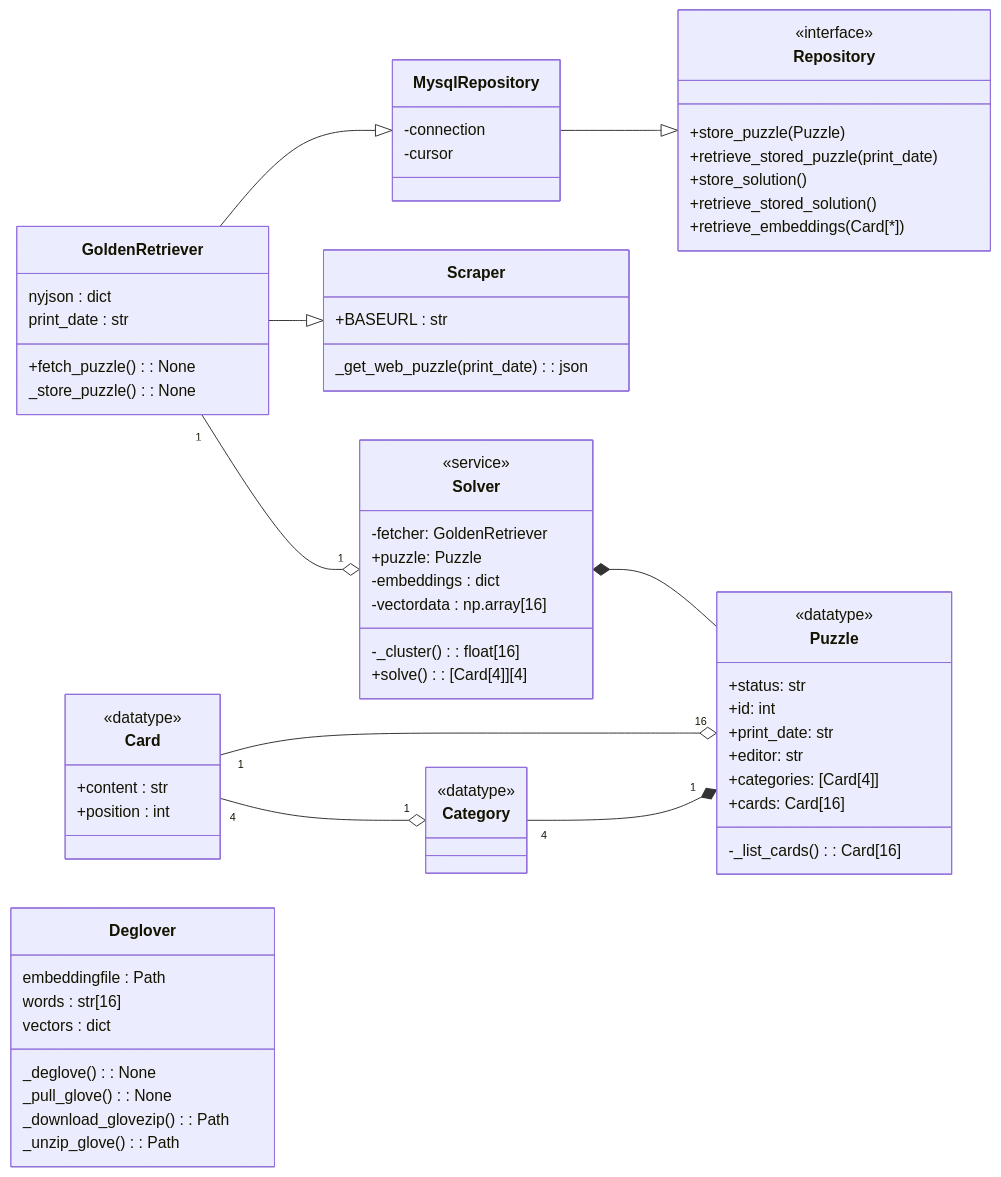
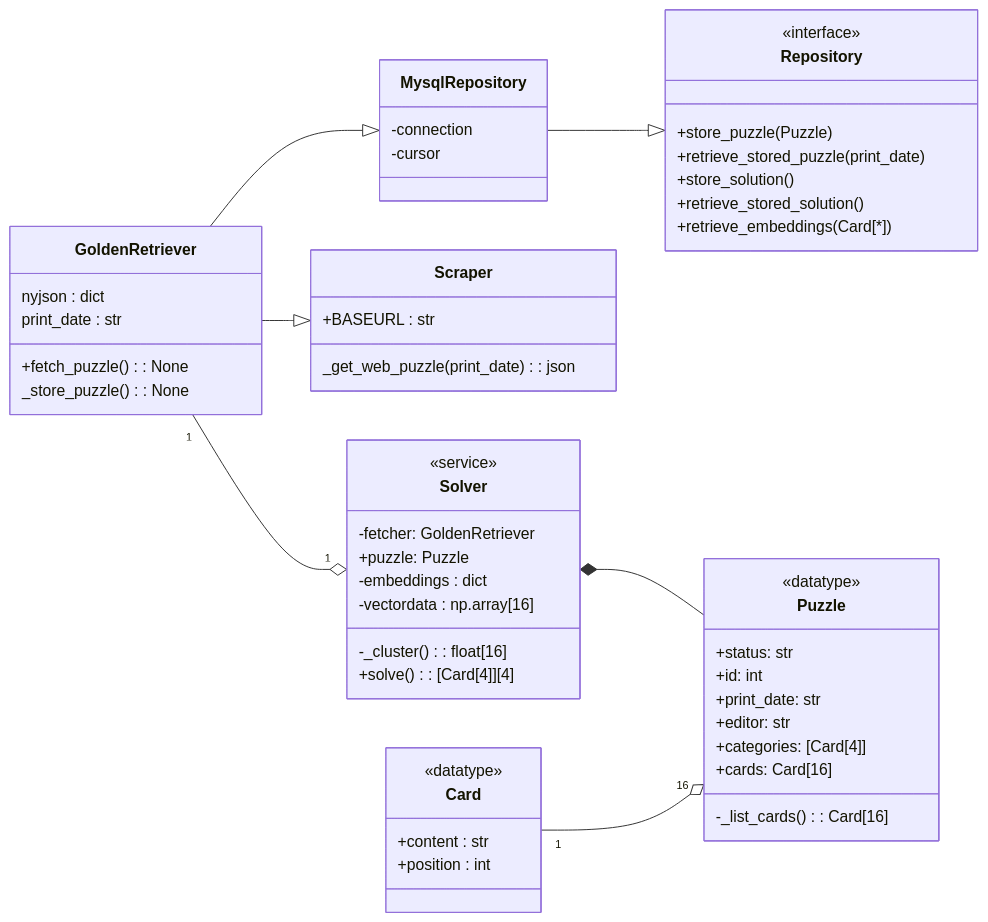
One commit to nelson-ryan/connector changed the diagram in README.md. Above: the diagram before and after it, drawn with Mermaid. The commit also changed other lines of this file, not shown here.

````diff
--- a/README.md
+++ b/README.md
@@ -80,21 +106,21 @@
     +position : int
 }
 
-class Category {
-    <<datatype>> 
-}
+%% class Category {
+    %% <<datatype>> 
+%% }
 
 
-class Deglover{
-    embeddingfile : Path
-    words : str[16]
-    vectors : dict
-
-    _deglove() : None
-    _pull_glove() : None
-    _download_glovezip() : Path
-    _unzip_glove() : Path
-}
+%% class Deglover{
+%%     embeddingfile : Path
+%%     words : str[16]
+%%     vectors : dict
+%% 
+%%     _deglove() : None
+%%     _pull_glove() : None
+%%     _download_glovezip() : Path
+%%     _unzip_glove() : Path
+%% }
 
 
 MysqlRepository --|>  Repository
@@ -105,8 +131,8 @@
 GoldenRetriever "1" --o "1" Solver 
 Card "1" --o "16" Puzzle
 
-Card "4" --o "1" Category
-Category "4" --* "1" Puzzle
+%% Card "4" --o "1" Category
+%% Category "4" --* "1" Puzzle
 
 
 ```
````
